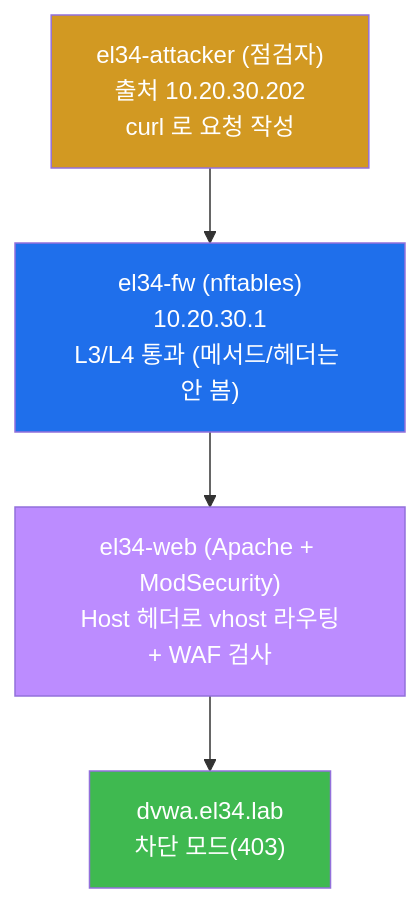
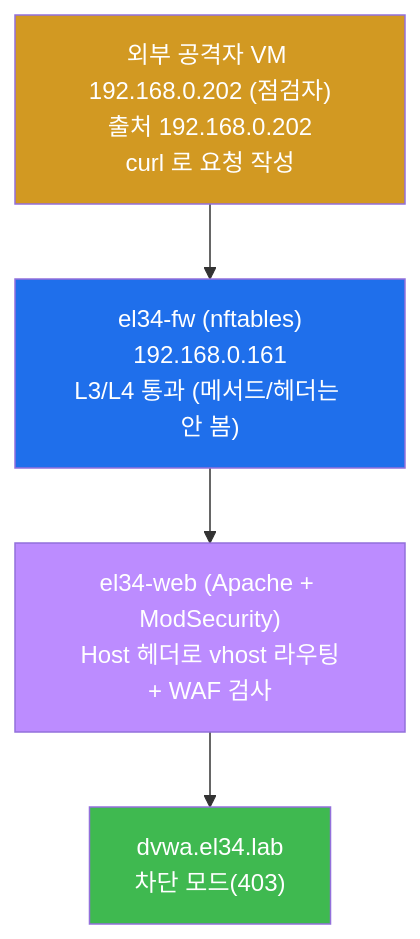
Before and after one commit to mrgrit/tw2: the fifth of 9 diagrams in contents/training/web-vuln/lecture_week01.md, drawn with Mermaid. The commit also changed other lines of this file and 304 other files, not shown here.

````diff
--- a/contents/training/web-vuln/lecture_week01.md
+++ b/contents/training/web-vuln/lecture_week01.md
@@ -251,12 +251,12 @@
 ```mermaid
 graph TD
-    ATK["el34-attacker (점검자)<br/>출처 10.20.30.202<br/>curl 로 요청 작성"]
-    FW["el34-fw (nftables)<br/>10.20.30.1<br/>L3/L4 통과 (메서드/헤더는 안 봄)"]
+    ATK["외부 공격자 VM 192.168.0.202 (점검자)<br/>출처 192.168.0.202<br/>curl 로 요청 작성"]
+    FW["el34-fw (nftables)<br/>192.168.0.161<br/>L3/L4 통과 (메서드/헤더는 안 봄)"]
     WEB["el34-web (Apache + ModSecurity)<br/>Host 헤더로 vhost 라우팅<br/>+ WAF 검사"]
     APP["dvwa.el34.lab<br/>차단 모드(403)"]
     ATK --> FW --> WEB --> APP
     style ATK fill:#d29922,color:#fff
     style FW fill:#1f6feb,color:#fff
     style WEB fill:#bc8cff,color:#fff
     style APP fill:#3fb950,color:#fff
 ```
````
